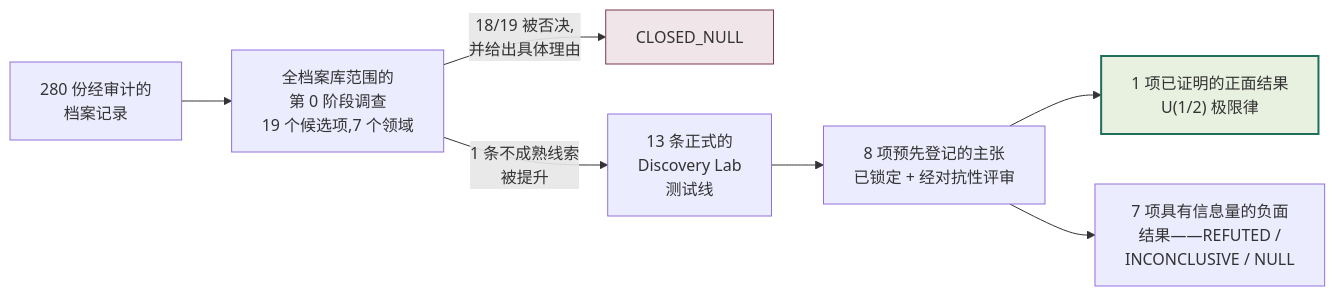
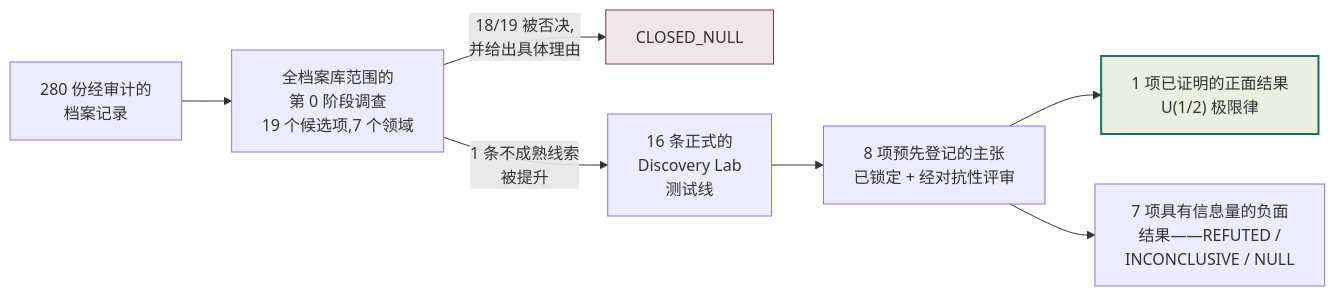
One commit to dougdotcon/TamesisTheoryCompleteResearchArchive changed the first of 4 diagrams in README_ZH.md. Above: the diagram before and after it, drawn with Mermaid. The commit also changed other lines of this file and 5 other files, not shown here.

````diff
--- a/README_ZH.md
+++ b/README_ZH.md
@@ -43,11 +43,11 @@
 ```mermaid
 flowchart LR
     R[280 份经审计的<br/>档案记录] --> S[全档案库范围的<br/>第 0 阶段调查<br/>19 个候选项,7 个领域]
     S -->|18/19 被否决,<br/>并给出具体理由| N1[CLOSED_NULL]
-    S -->|1 条不成熟线索<br/>被提升| L13[13 条正式的<br/>Discovery Lab<br/>测试线]
+    S -->|1 条不成熟线索<br/>被提升| L13[16 条正式的<br/>Discovery Lab<br/>测试线]
     L13 --> C8[8 项预先登记的主张<br/>已锁定 + 经对抗性评审]
     C8 --> V1["1 项已证明的正面结果<br/>U(1/2) 极限律"]
     C8 --> V2[7 项具有信息量的负面<br/>结果——REFUTED /<br/>INCONCLUSIVE / NULL]
     style V1 fill:#e8f0e0,stroke:#1f6f5c,stroke-width:2px
     style N1 fill:#f0e5e8,stroke:#7a3b4a
 ```
````
